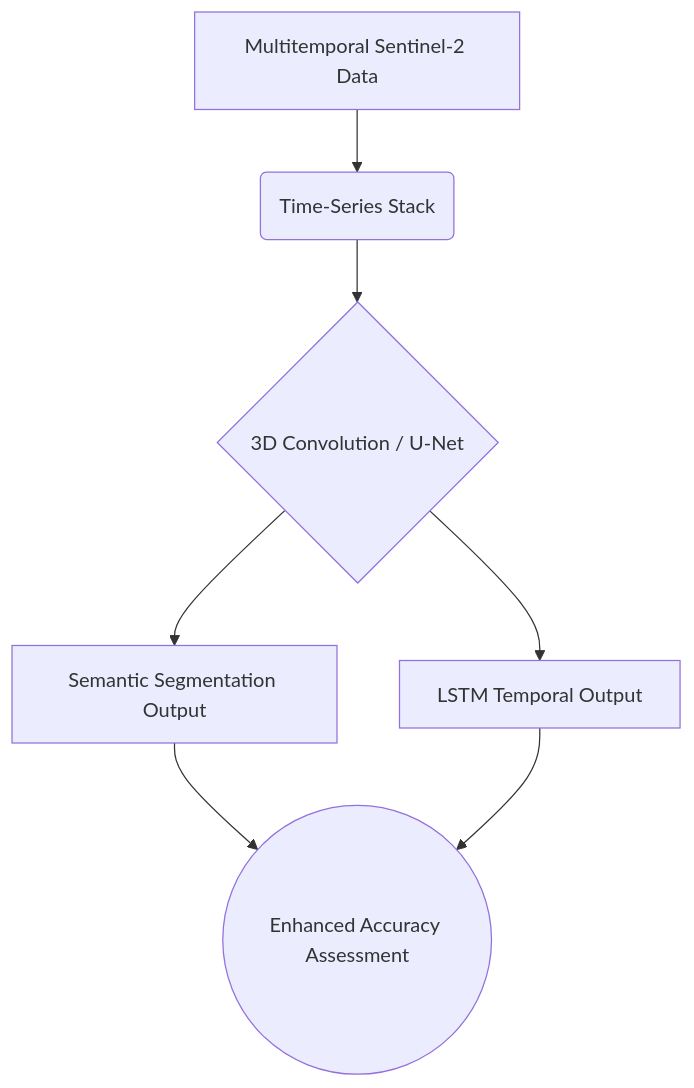
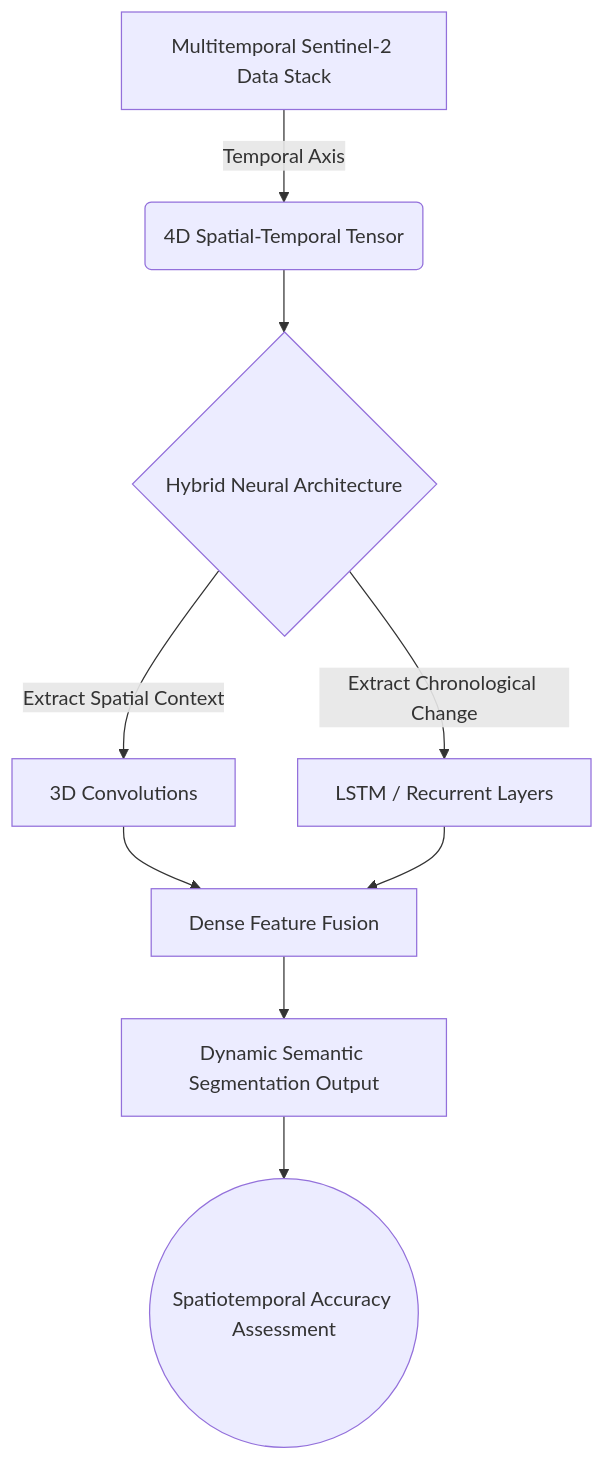
One commit to DaneshSelwal/LULC_Classification_Singrauli_region changed the diagram in docs/manuscript/Chapter_5.md. Above: the diagram before and after it, drawn with Mermaid. The commit also changed other lines of this file and 4 other files, not shown here.

````diff
--- a/docs/manuscript/Chapter_5.md
+++ b/docs/manuscript/Chapter_5.md
@@ -60,9 +67,11 @@
 ```mermaid
 graph TD
-    A[Multitemporal Sentinel-2 Data] --> B(Time-Series Stack)
-    B --> C{3D Convolution / U-Net}
-    C --> D[Semantic Segmentation Output]
-    C --> E[LSTM Temporal Output]
-    D --> F((Enhanced Accuracy Assessment))
+    A[Multitemporal Sentinel-2 Data Stack] -->|Temporal Axis| B(4D Spatial-Temporal Tensor)
+    B --> C{Hybrid Neural Architecture}
+    C -->|Extract Spatial Context| D[3D Convolutions]
+    C -->|Extract Chronological Change| E[LSTM / Recurrent Layers]
+    D --> F[Dense Feature Fusion]
     E --> F
+    F --> G[Dynamic Semantic Segmentation Output]
+    G --> H((Spatiotemporal Accuracy Assessment))
 ```
````
